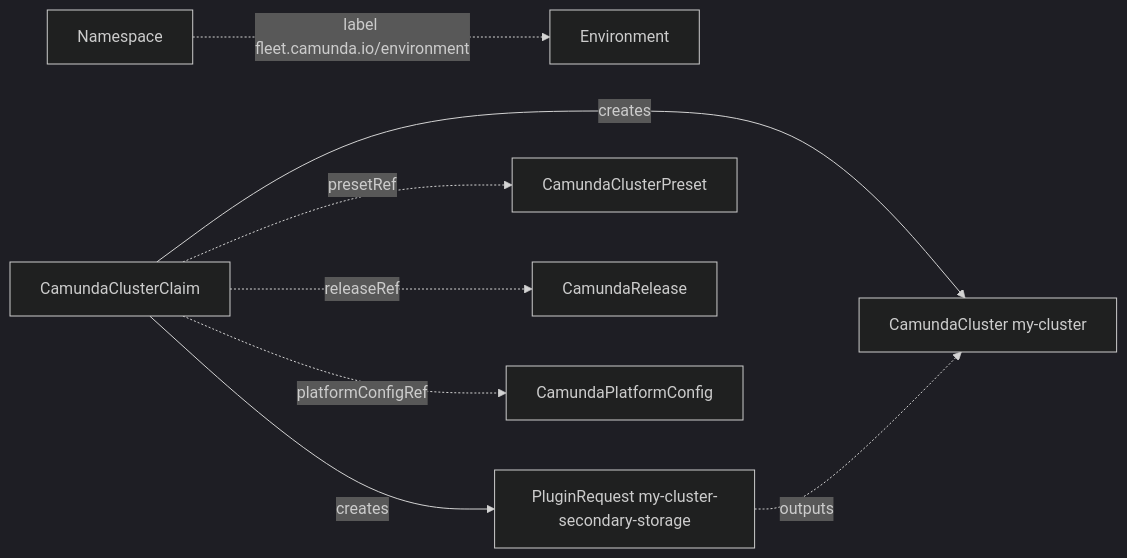
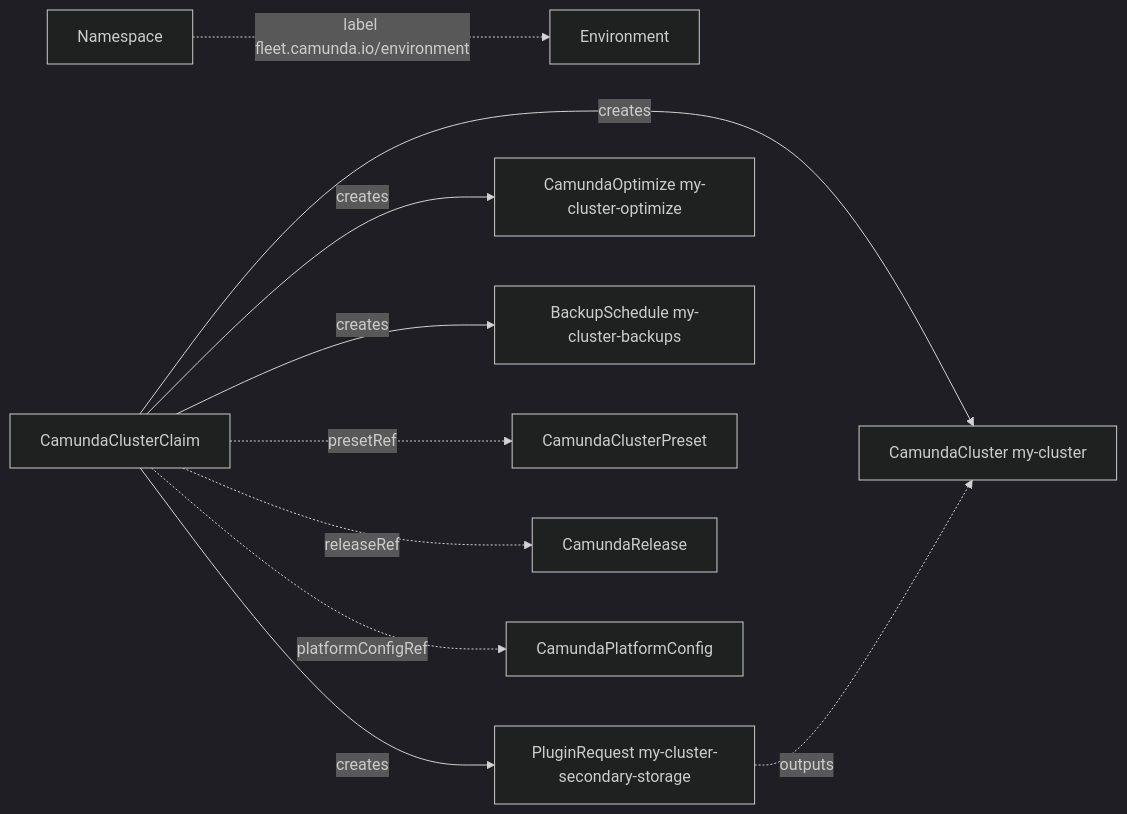
Before and after one commit to konsole-is/camunda-operator: the diagram in docs/crds/camundaclusterclaim.md, drawn with Mermaid (dark theme). The commit also changed other lines of this file and 300 other files, not shown here.

````diff
--- a/docs/crds/camundaclusterclaim.md
+++ b/docs/crds/camundaclusterclaim.md
@@ -28,10 +28,12 @@
 ```mermaid
 graph LR
     NS[Namespace] -.->|"label fleet.camunda.io/environment"| ENV[Environment]
     CL[CamundaClusterClaim] -->|creates| PQ["PluginRequest my-cluster-secondary-storage"]
     CL -->|creates| CC["CamundaCluster my-cluster"]
+    CL -->|creates| OPT["CamundaOptimize my-cluster-optimize"]
+    CL -->|creates| BS["BackupSchedule my-cluster-backups"]
     CL -.->|presetRef| CCP[CamundaClusterPreset]
     CL -.->|releaseRef| CR[CamundaRelease]
     CL -.->|platformConfigRef| PFC[CamundaPlatformConfig]
     PQ -.->|outputs| CC
 ```
````
